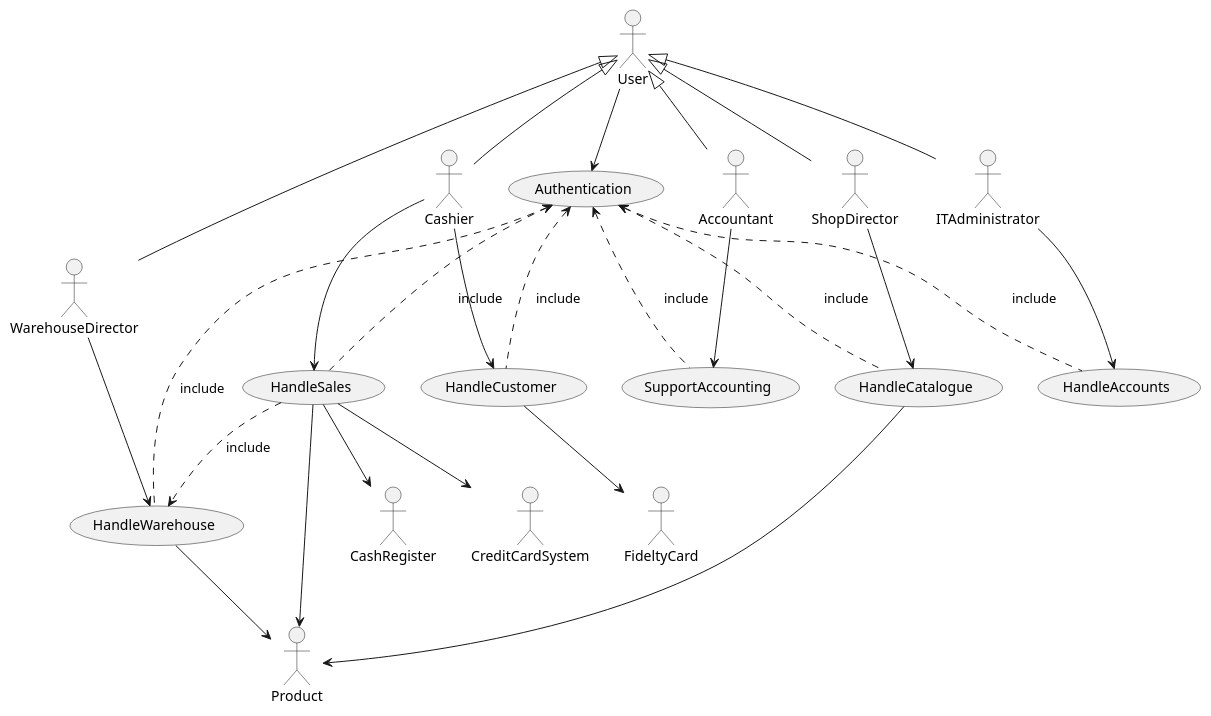
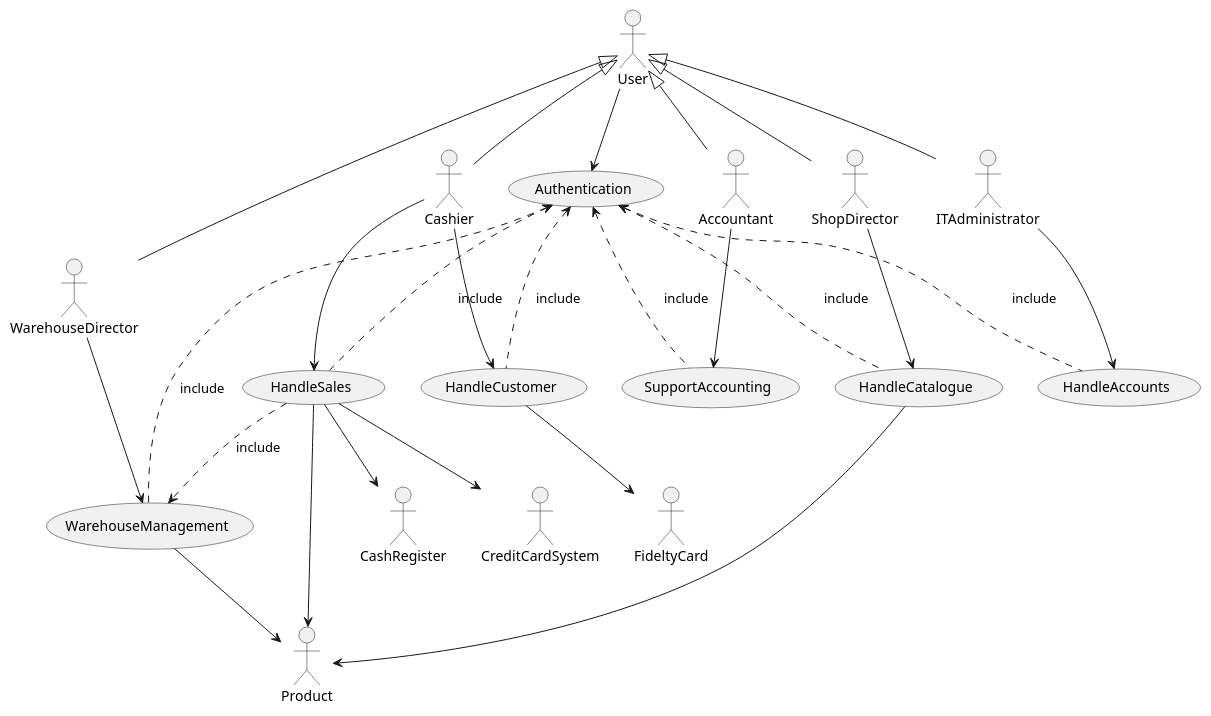
One commit to Stormz4/group20-EzShop changed the second of 9 diagrams in Deliverables/RequirementsDocument.md. Above: the diagram before and after it, drawn with PlantUML. The commit also changed other lines of this file, not shown here.

Commit message:
Use case diagram for warehouseManagement done; some refactoring; generalized product's update for inventory.

````diff
--- a/Deliverables/RequirementsDocument.md
+++ b/Deliverables/RequirementsDocument.md
@@ -225,44 +228,44 @@
 ```plantuml
 @startuml
 usecase Authentication
 usecase HandleSales
 usecase HandleCustomer
 usecase HandleCatalogue
-usecase HandleWarehouse
+usecase WarehouseManagement
 usecase SupportAccounting
 usecase HandleAccounts
 
 
 User <|-- Cashier
 User <|-- WarehouseDirector
 User <|-- Accountant
 User <|-- ShopDirector
 User <|-- ITAdministrator
 
 User --> Authentication
 Cashier --> HandleSales
 Cashier --> HandleCustomer
 ShopDirector --> HandleCatalogue
-WarehouseDirector --> HandleWarehouse
+WarehouseDirector --> WarehouseManagement
 Accountant --> SupportAccounting
 
 
 ITAdministrator --> HandleAccounts
 
 HandleSales --> Product
-HandleWarehouse --> Product
+WarehouseManagement --> Product
 HandleCatalogue --> Product
-HandleSales ..> HandleWarehouse : include
+HandleSales ..> WarehouseManagement : include
 
 Authentication <.. HandleSales : include
 Authentication <.. HandleCustomer : include
 Authentication <.. HandleCatalogue : include
-Authentication <.. HandleWarehouse : include
+Authentication <.. WarehouseManagement : include
 Authentication <.. HandleAccounts : include
 Authentication <.. SupportAccounting : include
 
 HandleCustomer --> FideltyCard
 HandleSales --> CashRegister
 HandleSales --> CreditCardSystem
 @enduml
 ```
````
